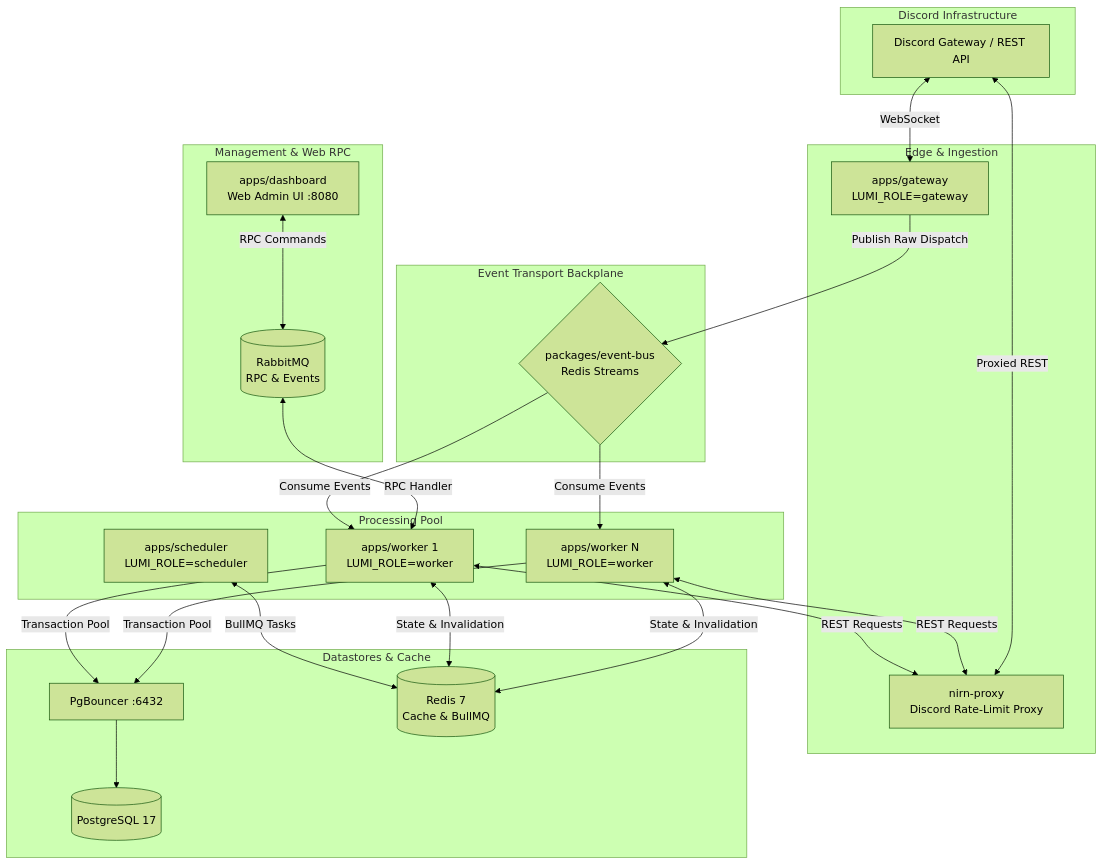
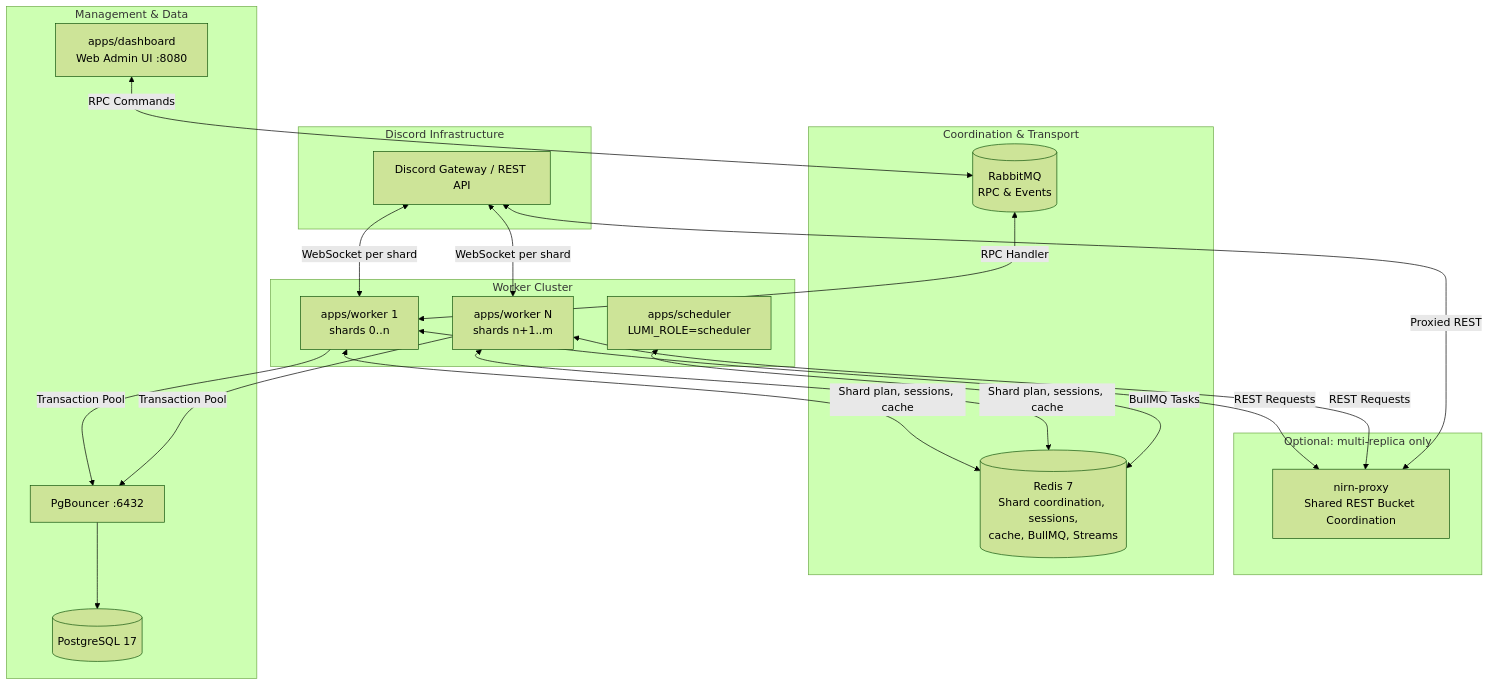
The first of 2 diagrams in docs/architecture.md (lumi-devs/Lumi), drawn with Mermaid (forest theme) before and after one commit. The commit also changed other lines of this file and 254 other files, not shown here.

````diff
--- a/docs/architecture.md
+++ b/docs/architecture.md
@@ -7,52 +20,45 @@
 ```mermaid
 graph TD
     subgraph Discord Infrastructure
         DC[Discord Gateway / REST API]
     end
 
-    subgraph Edge & Ingestion
-        GW[apps/gateway<br/>LUMI_ROLE=gateway]
-        PX[nirn-proxy<br/>Discord Rate-Limit Proxy]
+    subgraph Optional: multi-replica only
+        PX[nirn-proxy<br/>Shared REST Bucket Coordination]
     end
 
-    subgraph Event Transport Backplane
-        EB{packages/event-bus<br/>Redis Streams}
-    end
-
-    subgraph Processing Pool
-        WK1[apps/worker 1<br/>LUMI_ROLE=worker]
-        WK2[apps/worker N<br/>LUMI_ROLE=worker]
+    subgraph Worker Cluster
+        WK1[apps/worker 1<br/>shards 0..n]
+        WK2[apps/worker N<br/>shards n+1..m]
         SCH[apps/scheduler<br/>LUMI_ROLE=scheduler]
     end
 
-    subgraph Management & Web RPC
-        DB_APP[apps/dashboard<br/>Web Admin UI :8080]
+    subgraph Coordination & Transport
+        RD[(Redis 7<br/>Shard coordination, sessions,<br/>cache, BullMQ, Streams)]
         MQ[(RabbitMQ<br/>RPC & Events)]
     end
 
-    subgraph Datastores & Cache
+    subgraph Management & Data
+        DB_APP[apps/dashboard<br/>Web Admin UI :8080]
+        PGB[PgBouncer :6432]
         PG[(PostgreSQL 17)]
-        PGB[PgBouncer :6432]
-        RD[(Redis 7<br/>Cache & BullMQ)]
     end
 
-    DC <-->|WebSocket| GW
-    GW -->|Publish Raw Dispatch| EB
-    EB -->|Consume Events| WK1
-    EB -->|Consume Events| WK2
+    DC <-->|WebSocket per shard| WK1
+    DC <-->|WebSocket per shard| WK2
 
     WK1 <-->|REST Requests| PX
     WK2 <-->|REST Requests| PX
     PX <-->|Proxied REST| DC
 
+    WK1 <-->|Shard plan, sessions, cache| RD
+    WK2 <-->|Shard plan, sessions, cache| RD
     SCH <-->|BullMQ Tasks| RD
 
     WK1 -->|Transaction Pool| PGB
     WK2 -->|Transaction Pool| PGB
     PGB --> PG
-    WK1 <-->|State & Invalidation| RD
-    WK2 <-->|State & Invalidation| RD
 
     DB_APP <-->|RPC Commands| MQ
     MQ <-->|RPC Handler| WK1
 ```
````
